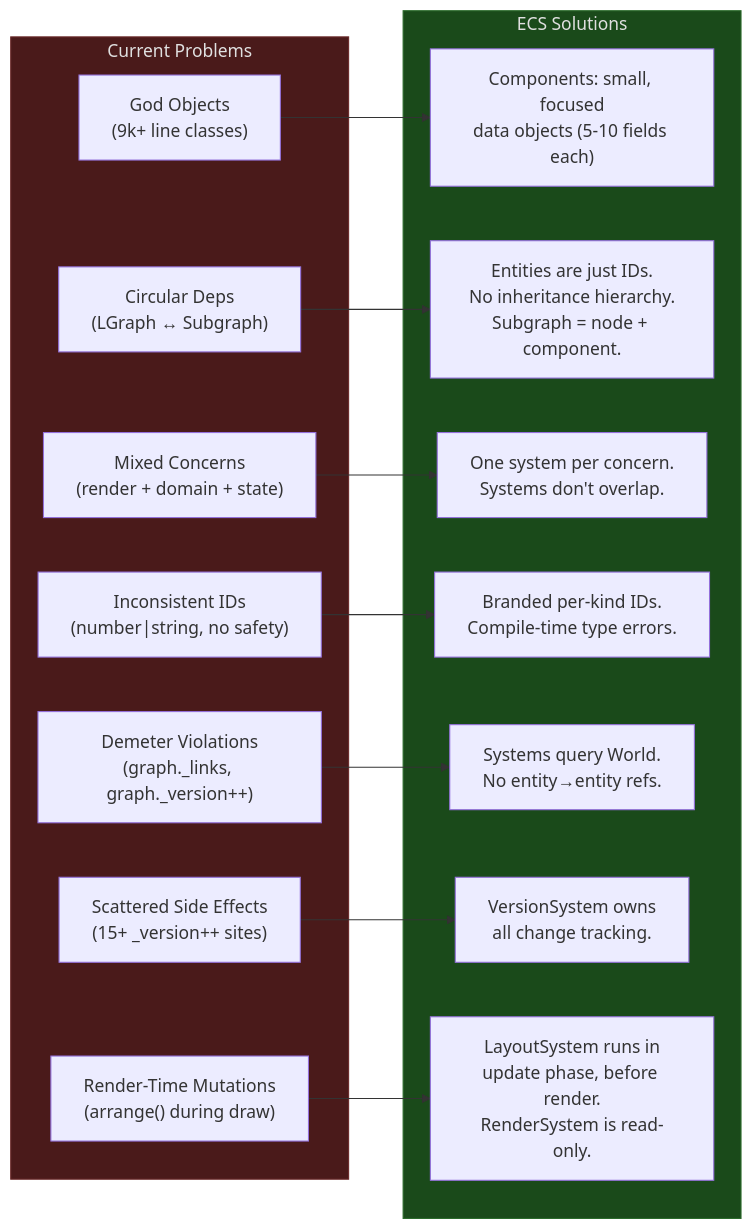
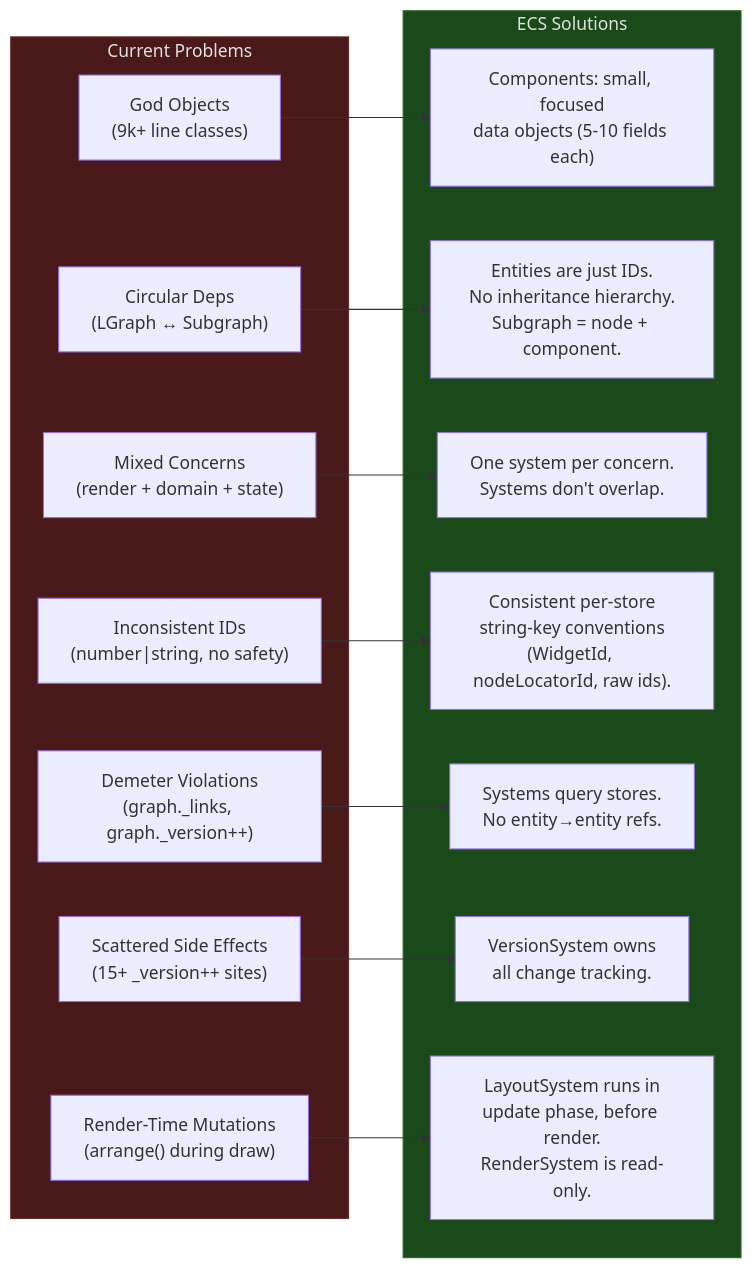
The tenth of 12 diagrams in docs/architecture/ecs-target-architecture.md (Comfy-Org/ComfyUI_frontend), drawn with Mermaid before and after one commit. The commit also changed other lines of this file and 12 other files, not shown here.

````diff
--- a/docs/architecture/ecs-target-architecture.md
+++ b/docs/architecture/ecs-target-architecture.md
@@ -423,49 +414,50 @@
 ```mermaid
 graph LR
     subgraph Problems["Current Problems"]
         P1["God Objects
 (9k+ line classes)"]
         P2["Circular Deps
 (LGraph ↔ Subgraph)"]
         P3["Mixed Concerns
 (render + domain + state)"]
         P4["Inconsistent IDs
 (number|string, no safety)"]
         P5["Demeter Violations
 (graph._links, graph._version++)"]
         P6["Scattered Side Effects
 (15+ _version++ sites)"]
         P7["Render-Time Mutations
 (arrange() during draw)"]
     end
 
     subgraph Solutions["ECS Solutions"]
         S1["Components: small, focused
 data objects (5-10 fields each)"]
         S2["Entities are just IDs.
 No inheritance hierarchy.
 Subgraph = node + component."]
         S3["One system per concern.
 Systems don't overlap."]
-        S4["Branded per-kind IDs.
-Compile-time type errors."]
-        S5["Systems query World.
+        S4["Consistent per-store
+string-key conventions
+(WidgetId, nodeLocatorId, raw ids)."]
+        S5["Systems query stores.
 No entity→entity refs."]
         S6["VersionSystem owns
 all change tracking."]
         S7["LayoutSystem runs in
 update phase, before render.
 RenderSystem is read-only."]
     end
 
     P1 --> S1
     P2 --> S2
     P3 --> S3
     P4 --> S4
     P5 --> S5
     P6 --> S6
     P7 --> S7
 
     style Problems fill:#4a1a1a,stroke:#6a2a2a,color:#e0e0e0
     style Solutions fill:#1a4a1a,stroke:#2a6a2a,color:#e0e0e0
 ```
````
